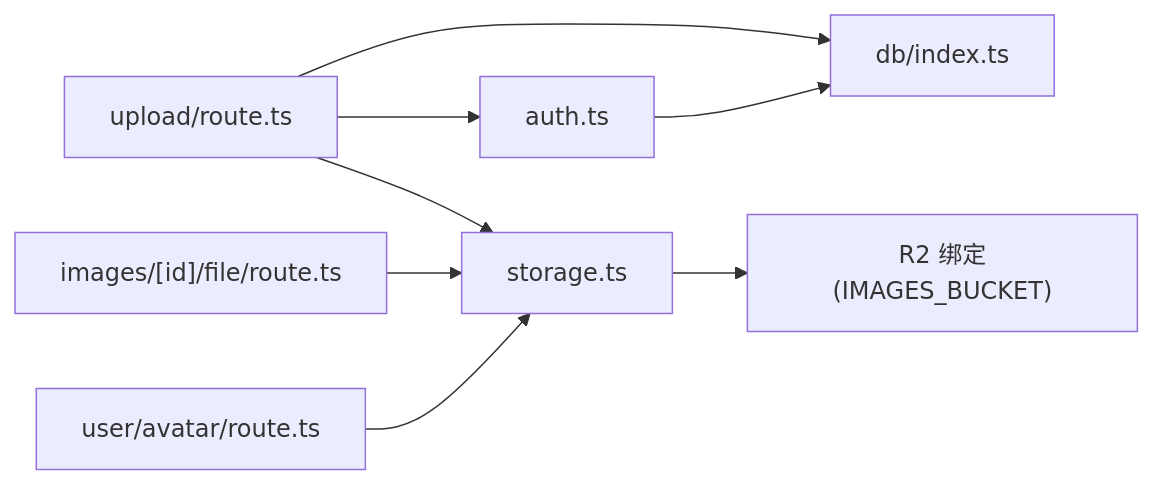
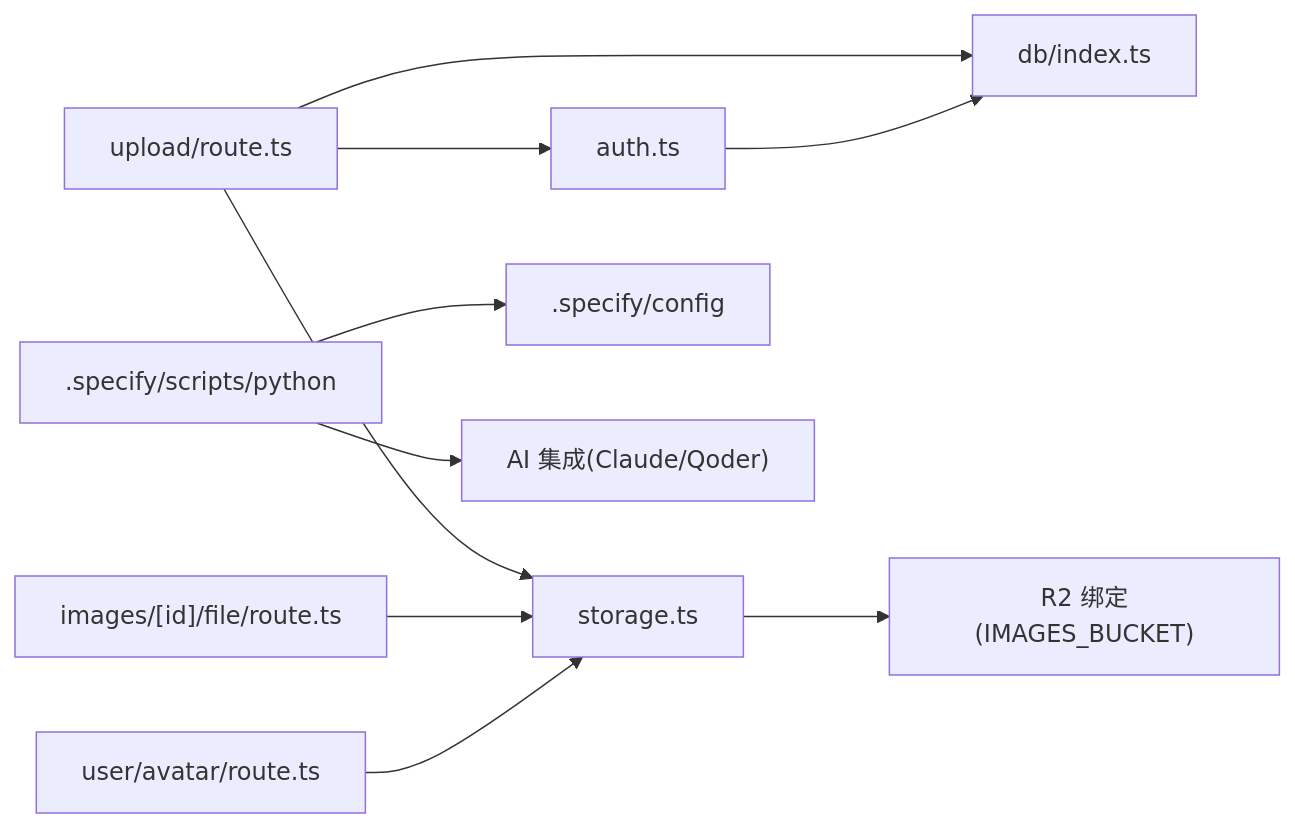
The sixth of 6 diagrams in .qoder/repowiki/zh/content/开发指南/扩展开发/扩展开发.md (pnnh/weable), drawn with Mermaid before and after one commit. The commit also changed other lines of this file and 159 other files, not shown here.

````diff
--- a/.qoder/repowiki/zh/content/开发指南/扩展开发/扩展开发.md
+++ b/.qoder/repowiki/zh/content/开发指南/扩展开发/扩展开发.md
@@ -303,10 +415,12 @@
 ```mermaid
 graph LR
 ROUTE_UPLOAD["upload/route.ts"] --> AUTH["auth.ts"]
 ROUTE_UPLOAD --> STORAGE["storage.ts"]
 ROUTE_UPLOAD --> DBIDX["db/index.ts"]
 ROUTE_FILE["images/[id]/file/route.ts"] --> STORAGE
 ROUTE_AVATAR["user/avatar/route.ts"] --> STORAGE
 STORAGE --> R2["R2 绑定(IMAGES_BUCKET)"]
 AUTH --> DBIDX
+PYTHON_SCRIPTS[".specify/scripts/python"] --> SPECIFY_CONFIG[".specify/config"]
+PYTHON_SCRIPTS --> AI_INTEGRATIONS["AI 集成(Claude/Qoder)"]
 ```
````
